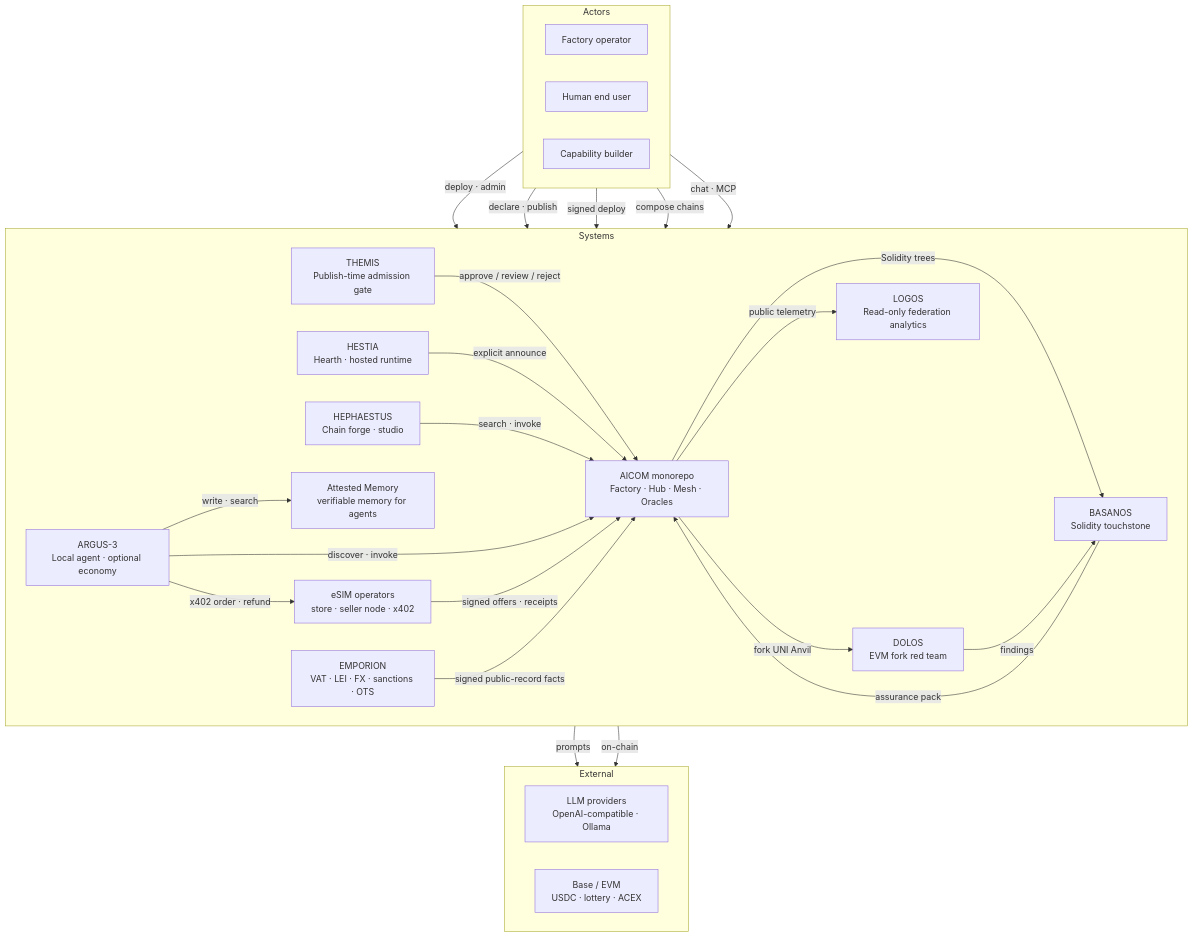
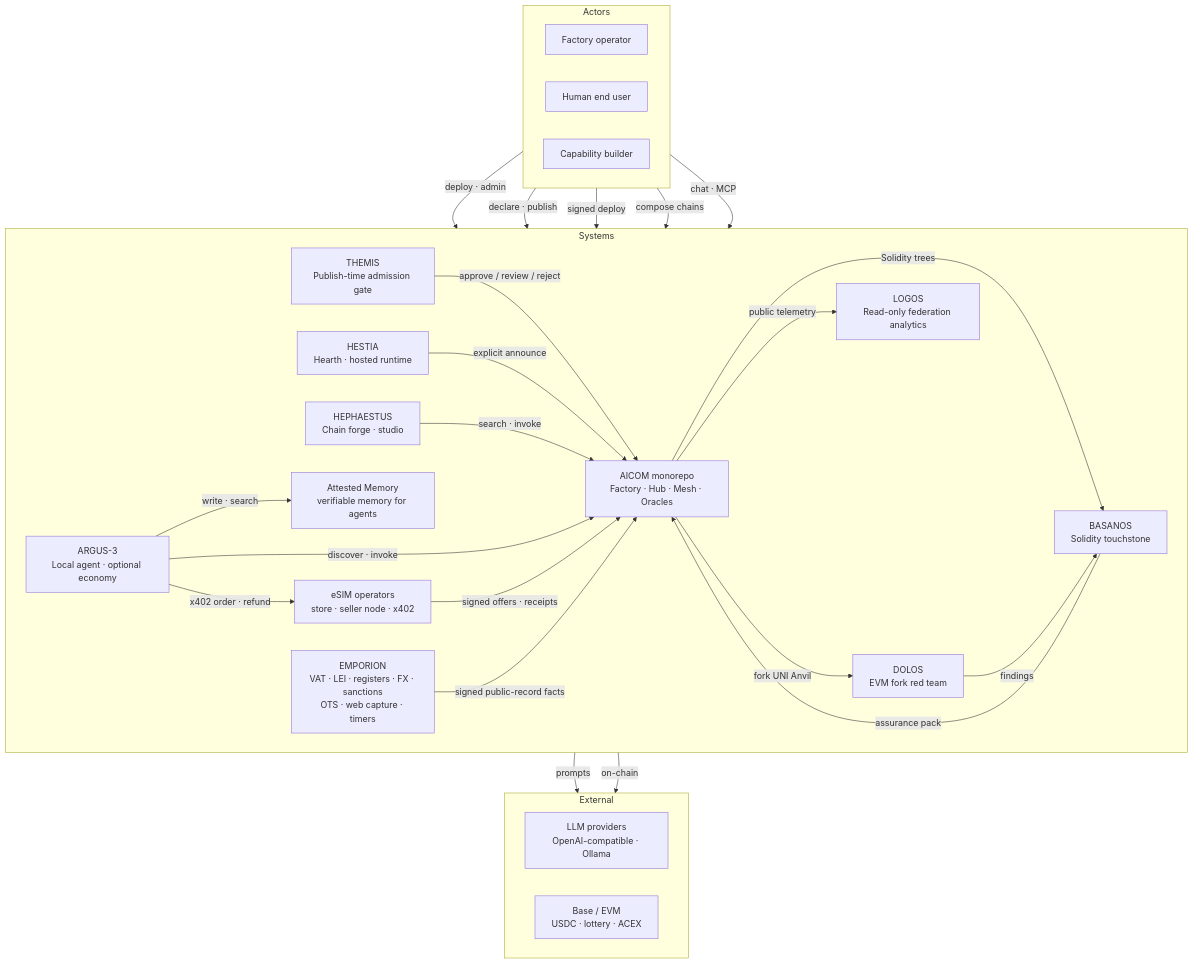
One commit to alexar76/aicom changed the second of 5 diagrams in docs/ecosystem/whitepaper/en.md. Above: the diagram before and after it, drawn with Mermaid. The commit also changed other lines of this file and 26 other files, not shown here.

````diff
--- a/docs/ecosystem/whitepaper/en.md
+++ b/docs/ecosystem/whitepaper/en.md
@@ -152,51 +152,51 @@
 ```mermaid
 flowchart TB
   subgraph actors["Actors"]
     direction LR
     operator["Factory operator"]
     enduser["Human end user"]
     builder["Capability builder"]
   end
 
   subgraph systems["Systems"]
     direction LR
     aicom["AICOM monorepo<br/>Factory · Hub · Mesh · Oracles"]
     themis["THEMIS<br/>Publish-time admission gate"]
     hestia["HESTIA<br/>Hearth · hosted runtime"]
     basanos["BASANOS<br/>Solidity touchstone"]
     dolos["DOLOS<br/>EVM fork red team"]
     hephaestus["HEPHAESTUS<br/>Chain forge · studio"]
     logos["LOGOS<br/>Read-only federation analytics"]
     argus["ARGUS-3<br/>Local agent · optional economy"]
     memory["Attested Memory<br/>verifiable memory for agents"]
     esim["eSIM operators<br/>store · seller node · x402"]
-    emporion["EMPORION<br/>VAT · LEI · FX · sanctions · OTS"]
+    emporion["EMPORION<br/>VAT · LEI · registers · FX · sanctions<br/>OTS · web capture · timers"]
   end
 
   subgraph external["External"]
     direction LR
     llm["LLM providers<br/>OpenAI-compatible · Ollama"]
     chain["Base / EVM<br/>USDC · lottery · ACEX"]
   end
 
   operator -->|deploy · admin| aicom
   builder -->|declare · publish| themis
   themis -->|"approve / review / reject"| aicom
   builder -->|signed deploy| hestia
   hestia -->|explicit announce| aicom
   enduser -->|compose chains| hephaestus
   hephaestus -->|search · invoke| aicom
   aicom -->|Solidity trees| basanos
   basanos -->|assurance pack| aicom
   aicom -->|fork UNI Anvil| dolos
   dolos -->|findings| basanos
   enduser -->|chat · MCP| argus
   argus -->|discover · invoke| aicom
   argus -->|write · search| memory
   argus -->|x402 order · refund| esim
   esim -->|signed offers · receipts| aicom
   emporion -->|signed public-record facts| aicom
   aicom -->|public telemetry| logos
   aicom -->|prompts| llm
   aicom -->|on-chain| chain
 ```
````
